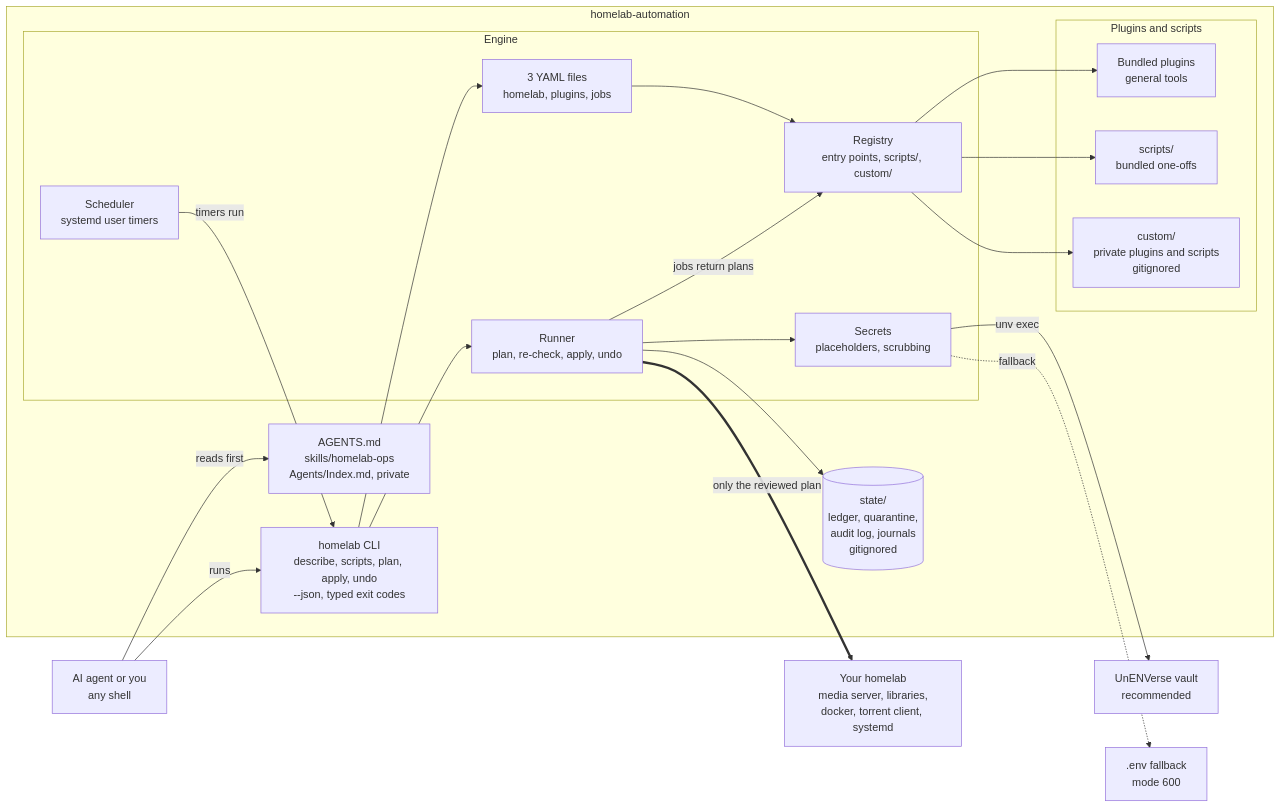
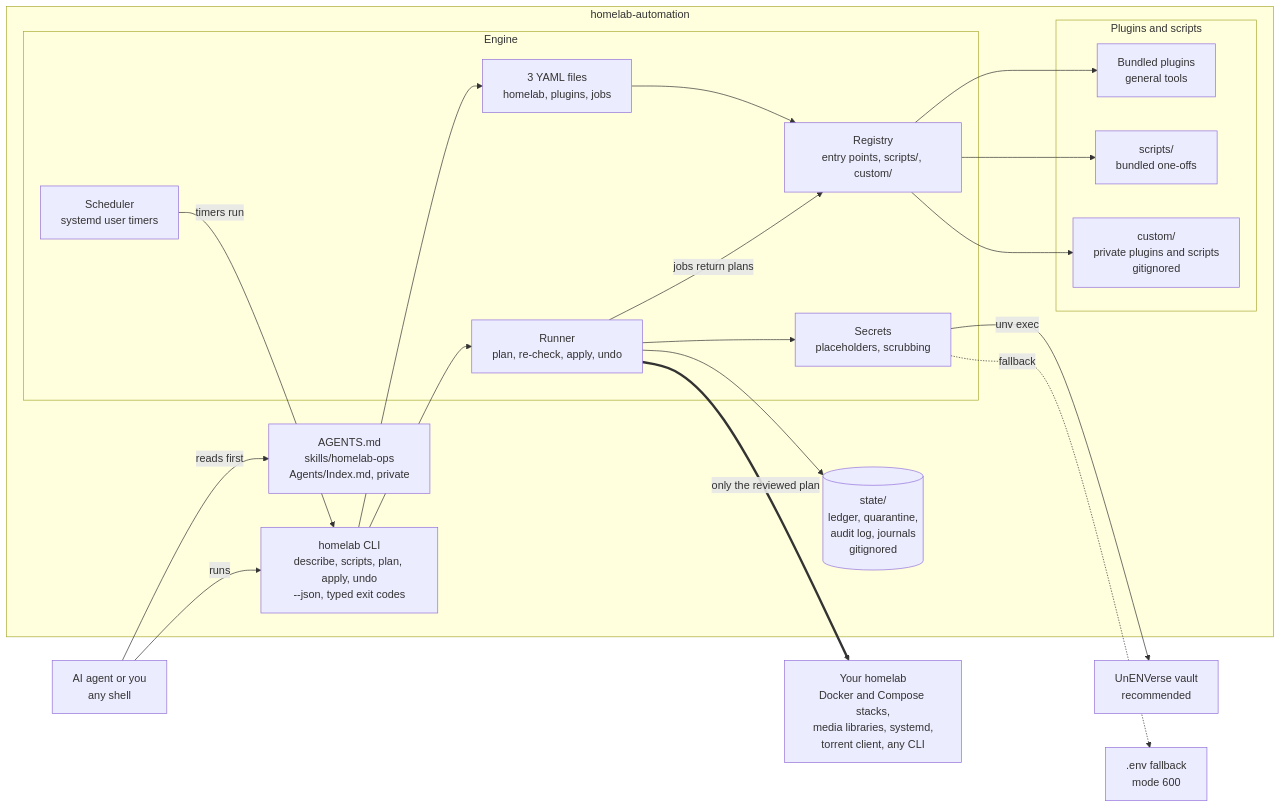
Before and after one commit to darthdemono/homelab-automation: the first of 2 diagrams in README.md, drawn with Mermaid. The commit also changed other lines of this file and 5 other files, not shown here.

````diff
--- a/README.md
+++ b/README.md
@@ -9,41 +9,41 @@
 ```mermaid
 flowchart LR
     AG["AI agent or you<br/>any shell"]
     V["UnENVerse vault<br/>recommended"]
     ENV[".env fallback<br/>mode 600"]
-    H["Your homelab<br/>media server, libraries,<br/>docker, torrent client, systemd"]
+    H["Your homelab<br/>Docker and Compose stacks,<br/>media libraries, systemd,<br/>torrent client, any CLI"]
 
     subgraph REPO["homelab-automation"]
         DOC["AGENTS.md<br/>skills/homelab-ops<br/>Agents/Index.md, private"]
         CLI["homelab CLI<br/>describe, scripts, plan, apply, undo<br/>--json, typed exit codes"]
         subgraph ENG["Engine"]
             CFG["3 YAML files<br/>homelab, plugins, jobs"]
             REG["Registry<br/>entry points, scripts/, custom/"]
             RUN["Runner<br/>plan, re-check, apply, undo"]
             SEC["Secrets<br/>placeholders, scrubbing"]
             SCH["Scheduler<br/>systemd user timers"]
         end
         subgraph EXT["Plugins and scripts"]
             BP["Bundled plugins<br/>general tools"]
             BS["scripts/<br/>bundled one-offs"]
             PP["custom/<br/>private plugins and scripts<br/>gitignored"]
         end
         ST[("state/<br/>ledger, quarantine,<br/>audit log, journals<br/>gitignored")]
     end
 
     AG -->|reads first| DOC
     AG -->|runs| CLI
     CLI --> CFG
     CLI --> RUN
     REG --> BP
     REG --> BS
     REG --> PP
     CFG --> REG
     RUN -->|jobs return plans| REG
     RUN --> ST
     RUN --> SEC
     SEC -->|unv exec| V
     SEC -.->|fallback| ENV
     SCH -->|timers run| CLI
     RUN ==>|only the reviewed plan| H
 ```
````
